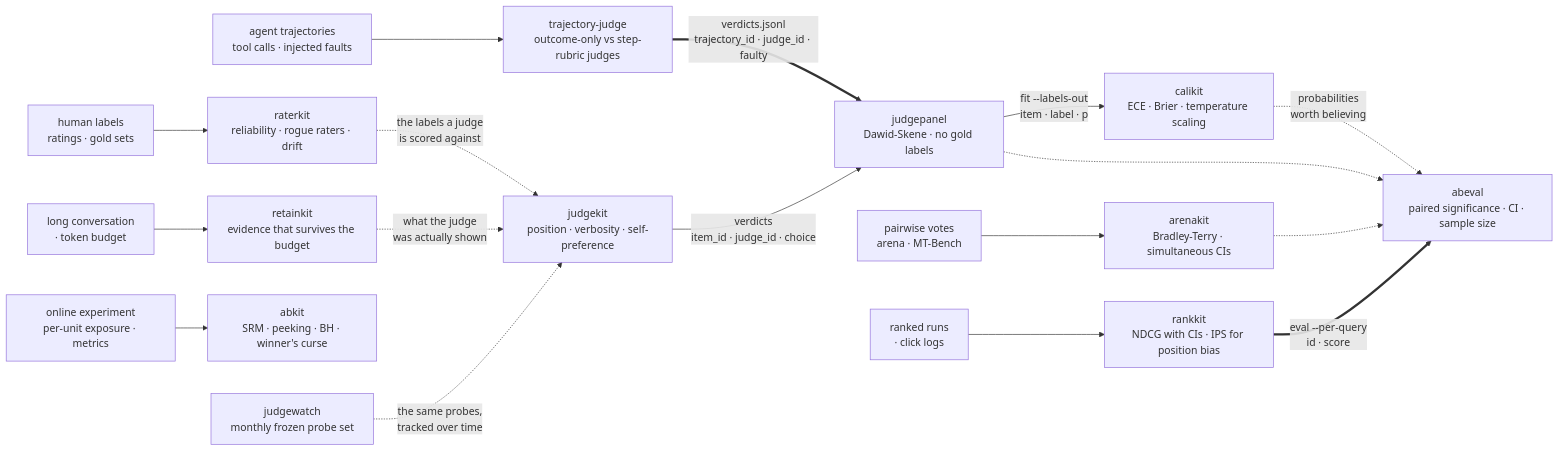
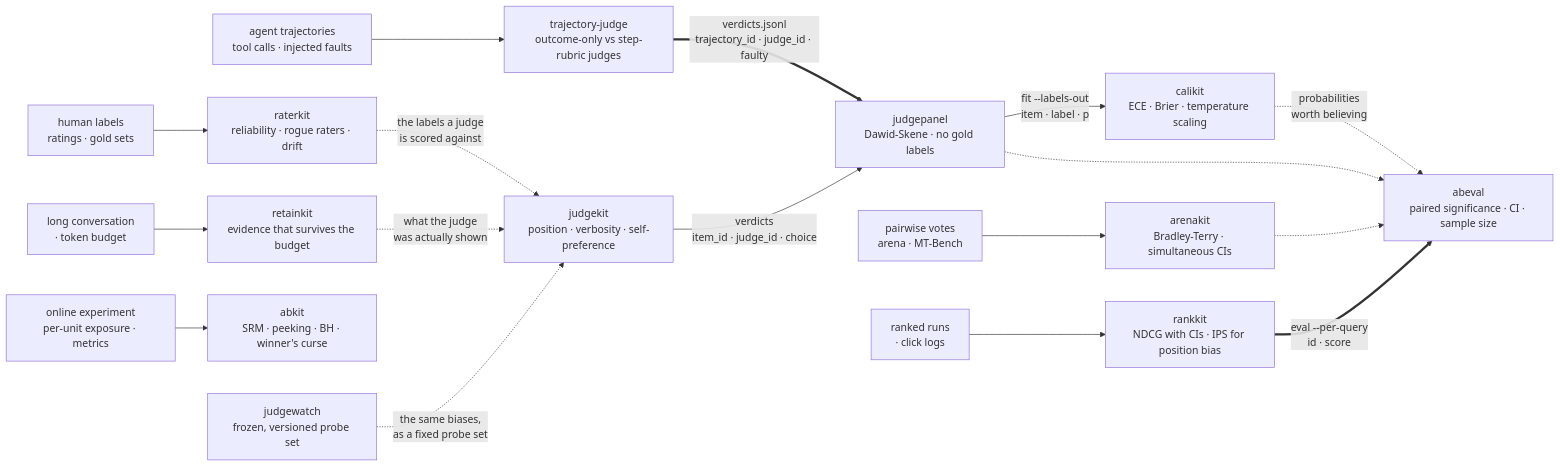
One commit to mohammadi-hadi/evalstack changed the diagram in README.md. Above: the diagram before and after it, drawn with Mermaid. The commit also changed other lines of this file, not shown here.

Commit message:
Stop promising monthly judgewatch runs

````diff
--- a/README.md
+++ b/README.md
@@ -43,22 +43,22 @@
 ```mermaid
 flowchart LR
     HL["human labels<br/>ratings · gold sets"] --> RK["raterkit<br/>reliability · rogue raters · drift"]
     TR["agent trajectories<br/>tool calls · injected faults"] --> TJ["trajectory-judge<br/>outcome-only vs step-rubric judges"]
     CB["long conversation<br/>· token budget"] --> RT["retainkit<br/>evidence that survives the budget"]
     PV["pairwise votes<br/>arena · MT-Bench"] --> AR["arenakit<br/>Bradley-Terry · simultaneous CIs"]
     RQ["ranked runs<br/>· click logs"] --> RN["rankkit<br/>NDCG with CIs · IPS for position bias"]
     EX["online experiment<br/>per-unit exposure · metrics"] --> BK["abkit<br/>SRM · peeking · BH · winner's curse"]
 
     RK -.->|"the labels a judge<br/>is scored against"| JK["judgekit<br/>position · verbosity · self-preference"]
     RT -.->|"what the judge<br/>was actually shown"| JK
-    JW["judgewatch<br/>monthly frozen probe set"] -.->|"the same probes,<br/>tracked over time"| JK
+    JW["judgewatch<br/>frozen, versioned probe set"] -.->|"the same biases,<br/>as a fixed probe set"| JK
 
     TJ ==>|"verdicts.jsonl<br/>trajectory_id · judge_id · faulty"| JP["judgepanel<br/>Dawid-Skene · no gold labels"]
     JK -->|"verdicts<br/>item_id · judge_id · choice"| JP
     JP -->|"fit --labels-out<br/>item · label · p"| CK["calikit<br/>ECE · Brier · temperature scaling"]
 
     CK -.->|"probabilities<br/>worth believing"| AB["abeval<br/>paired significance · CI · sample size"]
     JP -.-> AB
     AR -.-> AB
     RN ==>|"eval --per-query<br/>id · score"| AB
 ```
````
